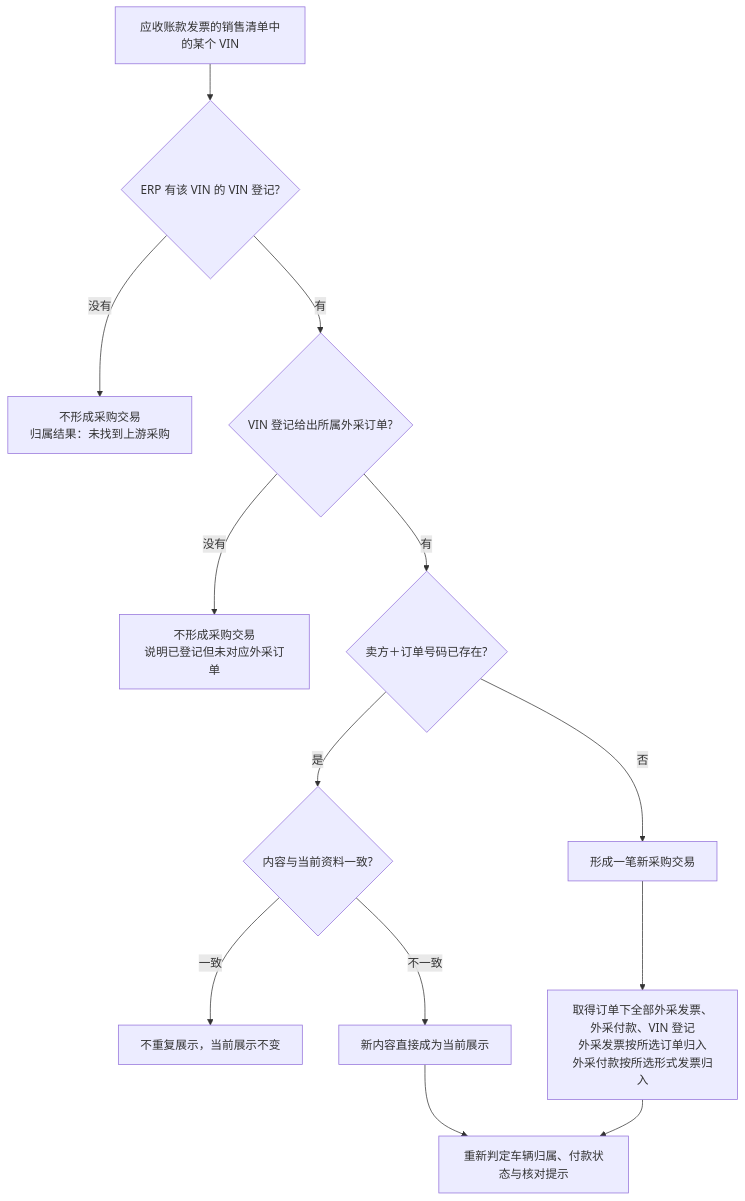
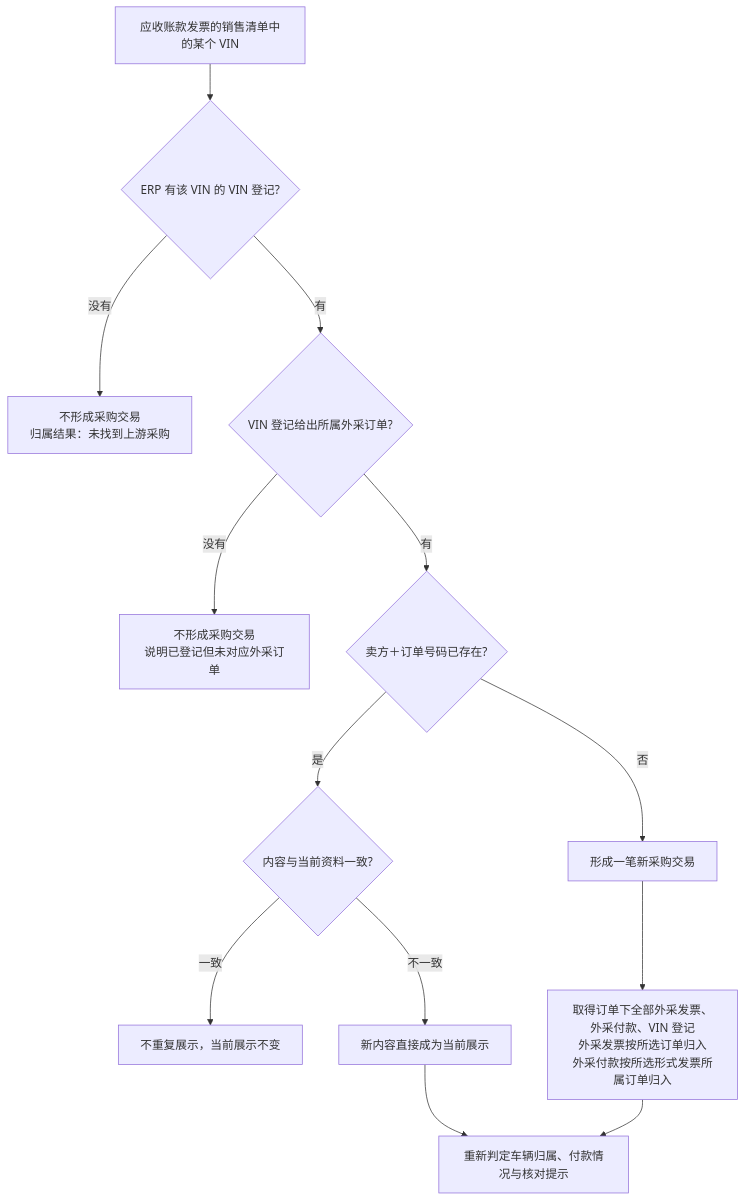
Before and after one commit to wxblockchain/Chain-Financing: the first of 4 diagrams in asset-trust-platform/PRD/运营端/M4-上游采购追溯/02-上游采购追溯-流程图与状态机.md, drawn with Mermaid. The commit also changed other lines of this file and 2 other files, not shown here.

````diff
--- a/asset-trust-platform/PRD/运营端/M4-上游采购追溯/02-上游采购追溯-流程图与状态机.md
+++ b/asset-trust-platform/PRD/运营端/M4-上游采购追溯/02-上游采购追溯-流程图与状态机.md
@@ -17,15 +17,15 @@
 ```mermaid
 flowchart TD
     A[应收账款发票的销售清单中的某个 VIN] --> B{ERP 有该 VIN 的 VIN 登记?}
     B -->|没有| N[不形成采购交易<br/>归属结果：未找到上游采购]
     B -->|有| C{VIN 登记给出所属外采订单?}
     C -->|没有| N2[不形成采购交易<br/>说明已登记但未对应外采订单]
     C -->|有| D{卖方＋订单号码已存在?}
     D -->|否| E[形成一笔新采购交易]
     D -->|是| F{内容与当前资料一致?}
     F -->|一致| G[不重复展示，当前展示不变]
     F -->|不一致| H[新内容直接成为当前展示]
-    E --> I[取得订单下全部外采发票、外采付款、VIN 登记<br/>外采发票按所选订单归入<br/>外采付款按所选形式发票归入]
-    H --> R[重新判定车辆归属、付款状态与核对提示]
+    E --> I[取得订单下全部外采发票、外采付款、VIN 登记<br/>外采发票按所选订单归入<br/>外采付款按所选形式发票所属订单归入]
+    H --> R[重新判定车辆归属、付款情况与核对提示]
     I --> R
 ```
````
